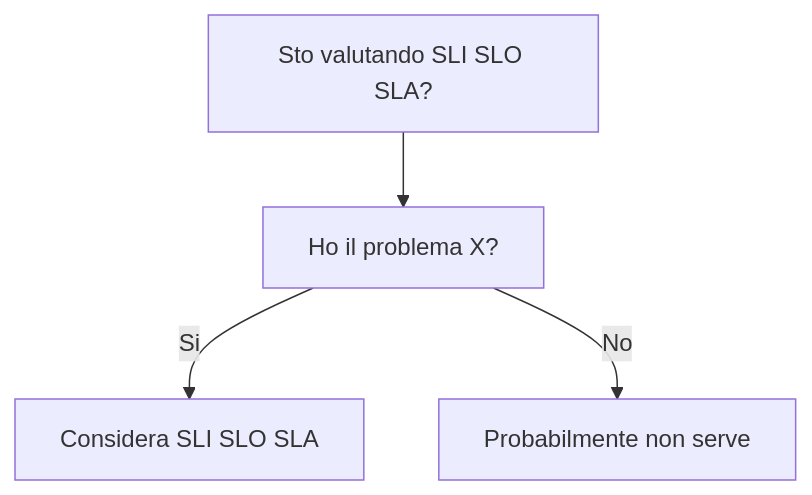
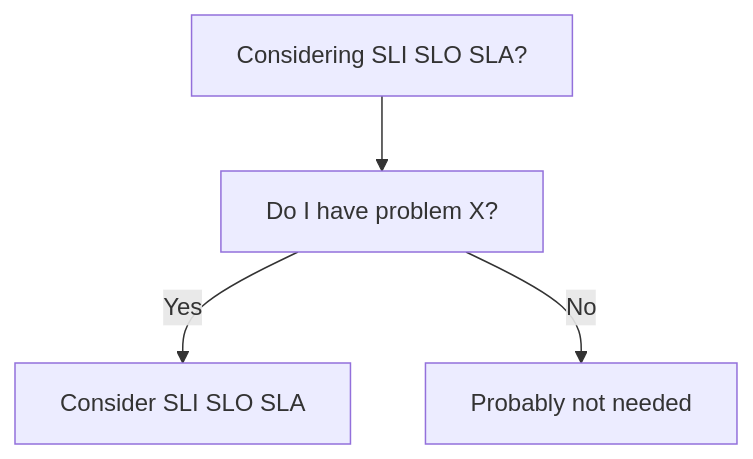
One commit to HxT9/Software-Dev-Wiki changed the diagram in dev-wiki/12_Observability/SLI_SLO_SLA/When_To_Use.md. Above: the diagram before and after it, drawn with Mermaid. The commit also changed other lines of this file and 3444 other files, not shown here.

````diff
--- a/dev-wiki/12_Observability/SLI_SLO_SLA/When_To_Use.md
+++ b/dev-wiki/12_Observability/SLI_SLO_SLA/When_To_Use.md
@@ -19,6 +19,6 @@
 ```mermaid
 flowchart TD
-  Q[Sto valutando SLI SLO SLA?] --> Q1[Ho il problema X?]
-  Q1 -->|Si| OK[Considera SLI SLO SLA]
-  Q1 -->|No| NO[Probabilmente non serve]
+  Q[Considering SLI SLO SLA?] --> Q1[Do I have problem X?]
+  Q1 -->|Yes| OK[Consider SLI SLO SLA]
+  Q1 -->|No| NO[Probably not needed]
 ```
````
